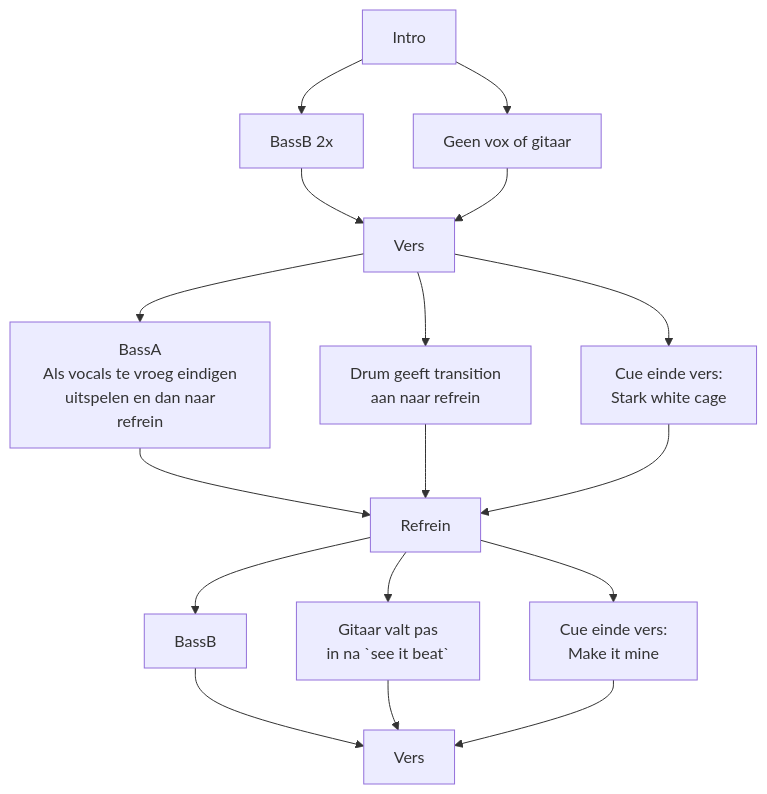
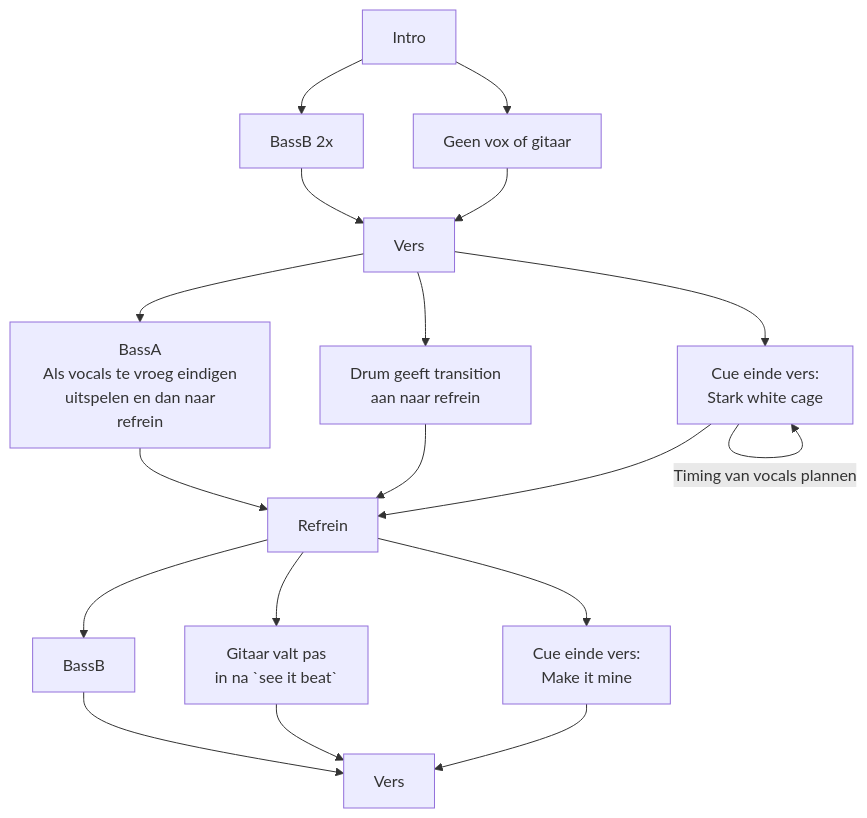
One commit to foreveryone1/ObsidianNotes changed the second of 2 diagrams in 1 notes/10 music/Sharks eat people too schemas.md. Above: the diagram before and after it, drawn with Mermaid.

Commit message:
vault backup: 2022-11-23 18:03:44

````diff
--- a/1 notes/10 music/Sharks eat people too schemas.md
+++ b/1 notes/10 music/Sharks eat people too schemas.md
@@ -13,15 +13,16 @@
 ```mermaid
 graph TD
     A[Intro]
     B[Vers]
     C[Refrein]
     D[Vers]
     A-->IntroBass[BassB 2x]-->B
     A-->IntroVox[Geen vox of gitaar]-->B
     B-->VersBas[BassA<br>Als vocals te vroeg eindigen<br> uitspelen en dan naar refrein]-->C
     B-->VersDrum[Drum geeft transition<br> aan naar refrein]--> C
     B-->VersVocals[Cue einde vers: <br> Stark white cage]-->C
+    VersVocals-->|Timing van vocals plannen|VersVocals
     C-->RefreinBass[BassB]--> D
     C-->RefreinGitaar[Gitaar valt pas <br> in na `see it beat`]-->D
     C-->RefreinVocals[Cue einde vers: <br> Make it mine]-->D
 ```
````
